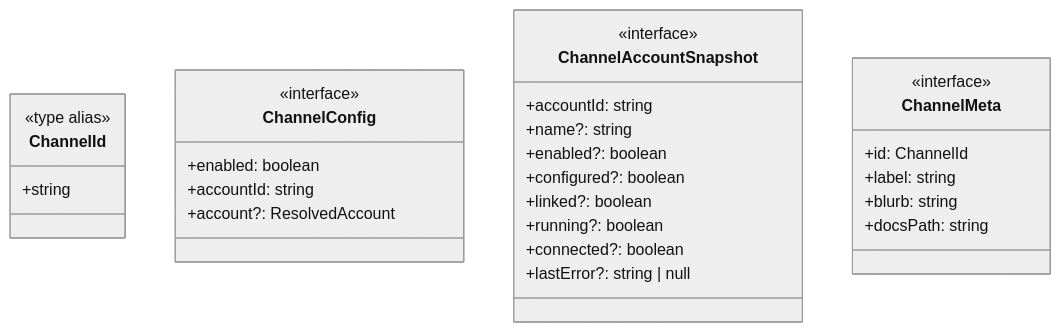
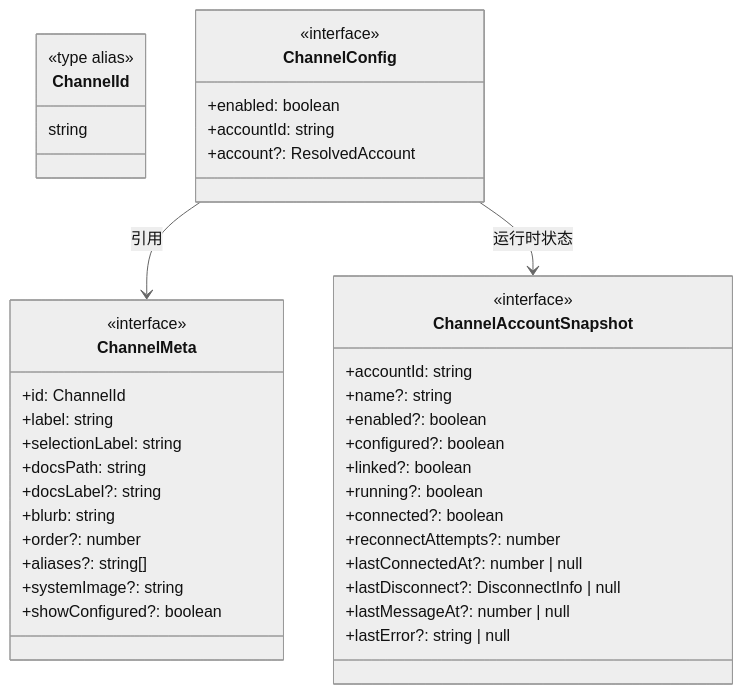
The ninth of 26 diagrams in openclaw/DATA_STRUCTURES.md (caicongyang/bloger), drawn with Mermaid (neutral theme) before and after one commit. The commit also changed other lines of this file and 13 other files, not shown here.

````diff
--- a/openclaw/DATA_STRUCTURES.md
+++ b/openclaw/DATA_STRUCTURES.md
@@ -370,34 +421,47 @@
 ```mermaid
 classDiagram
     class ChannelId {
         <<type alias>>
-        +string
+        string
     }
-    
+
     class ChannelConfig {
         <<interface>>
         +enabled: boolean
         +accountId: string
         +account?: ResolvedAccount
     }
-    
+
+    class ChannelMeta {
+        <<interface>>
+        +id: ChannelId
+        +label: string
+        +selectionLabel: string
+        +docsPath: string
+        +docsLabel?: string
+        +blurb: string
+        +order?: number
+        +aliases?: string[]
+        +systemImage?: string
+        +showConfigured?: boolean
+    }
+
     class ChannelAccountSnapshot {
         <<interface>>
         +accountId: string
         +name?: string
         +enabled?: boolean
         +configured?: boolean
         +linked?: boolean
         +running?: boolean
         +connected?: boolean
+        +reconnectAttempts?: number
+        +lastConnectedAt?: number | null
+        +lastDisconnect?: DisconnectInfo | null
+        +lastMessageAt?: number | null
         +lastError?: string | null
     }
-    
-    class ChannelMeta {
-        <<interface>>
-        +id: ChannelId
-        +label: string
-        +blurb: string
-        +docsPath: string
-    }
+
+    ChannelConfig --> ChannelMeta : 引用
+    ChannelConfig --> ChannelAccountSnapshot : 运行时状态
 ```
````
